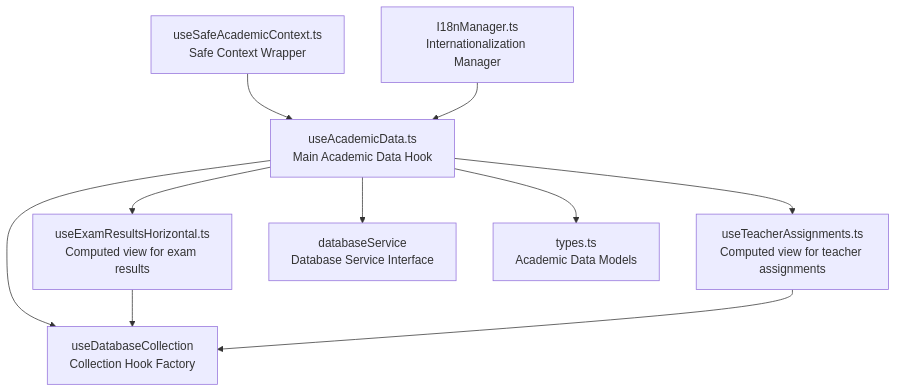
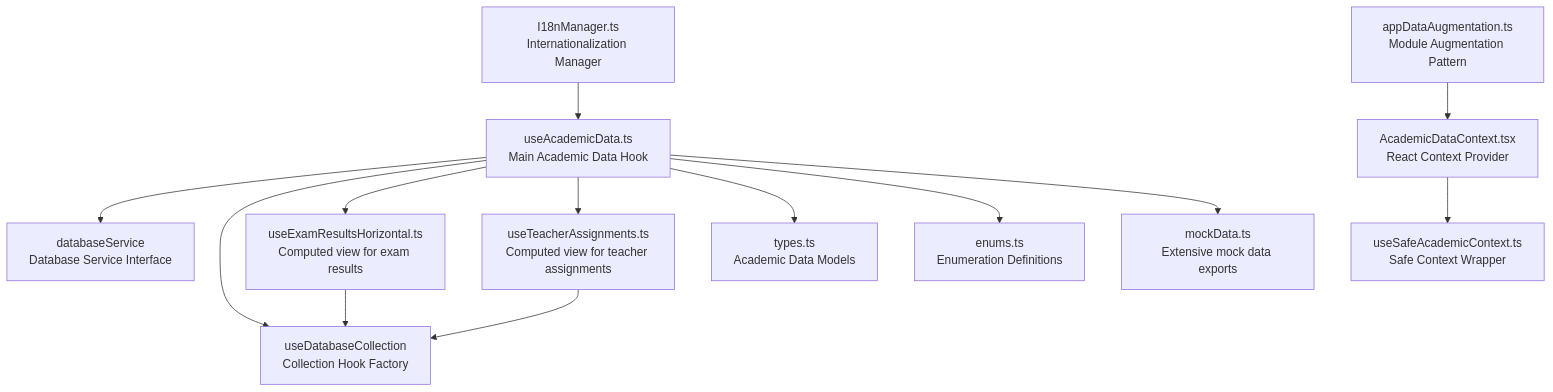
One commit to geniusdynamics/schoolpilot changed the fourth of 8 diagrams in .qoder/repowiki/en/content/Modules System/Academics Module.md. Above: the diagram before and after it, drawn with Mermaid. The commit also changed other lines of this file and 54 other files, not shown here.

````diff
--- a/.qoder/repowiki/en/content/Modules System/Academics Module.md
+++ b/.qoder/repowiki/en/content/Modules System/Academics Module.md
@@ -380,20 +549,27 @@
 ```mermaid
 graph TB
 DATA["useAcademicData.ts<br/>Main Academic Data Hook"]
+AAUG["appDataAugmentation.ts<br/>Module Augmentation Pattern"]
+CONTEXT["AcademicDataContext.tsx<br/>React Context Provider"]
 CVH["useExamResultsHorizontal.ts<br/>Computed view for exam results"]
 CTA["useTeacherAssignments.ts<br/>Computed view for teacher assignments"]
 DB["databaseService<br/>Database Service Interface"]
 COL["useDatabaseCollection<br/>Collection Hook Factory"]
 TYPES["types.ts<br/>Academic Data Models"]
+ENUMS["enums.ts<br/>Enumeration Definitions"]
 SAFE["useSafeAcademicContext.ts<br/>Safe Context Wrapper"]
 I18N["I18nManager.ts<br/>Internationalization Manager"]
+MOCK["mockData.ts<br/>Extensive mock data exports"]
 DATA --> DB
 DATA --> COL
 DATA --> CVH
 DATA --> CTA
 DATA --> TYPES
-SAFE --> DATA
+DATA --> ENUMS
+DATA --> MOCK
+AAUG --> CONTEXT
+CONTEXT --> SAFE
 CVH --> COL
 CTA --> COL
 I18N --> DATA
 ```
````
